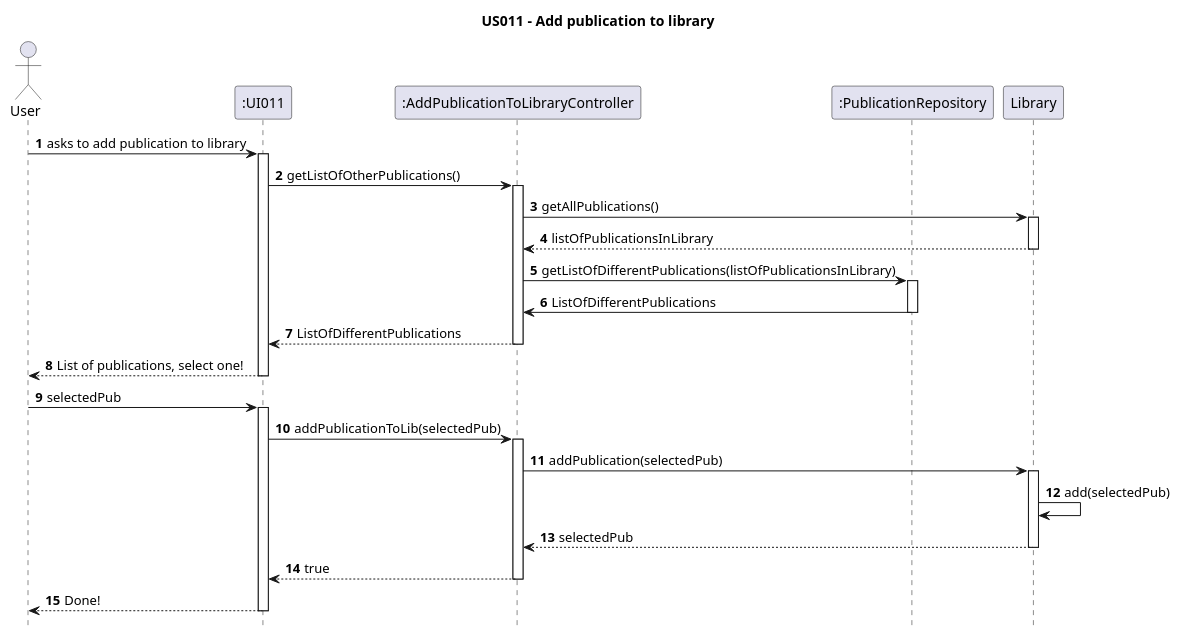
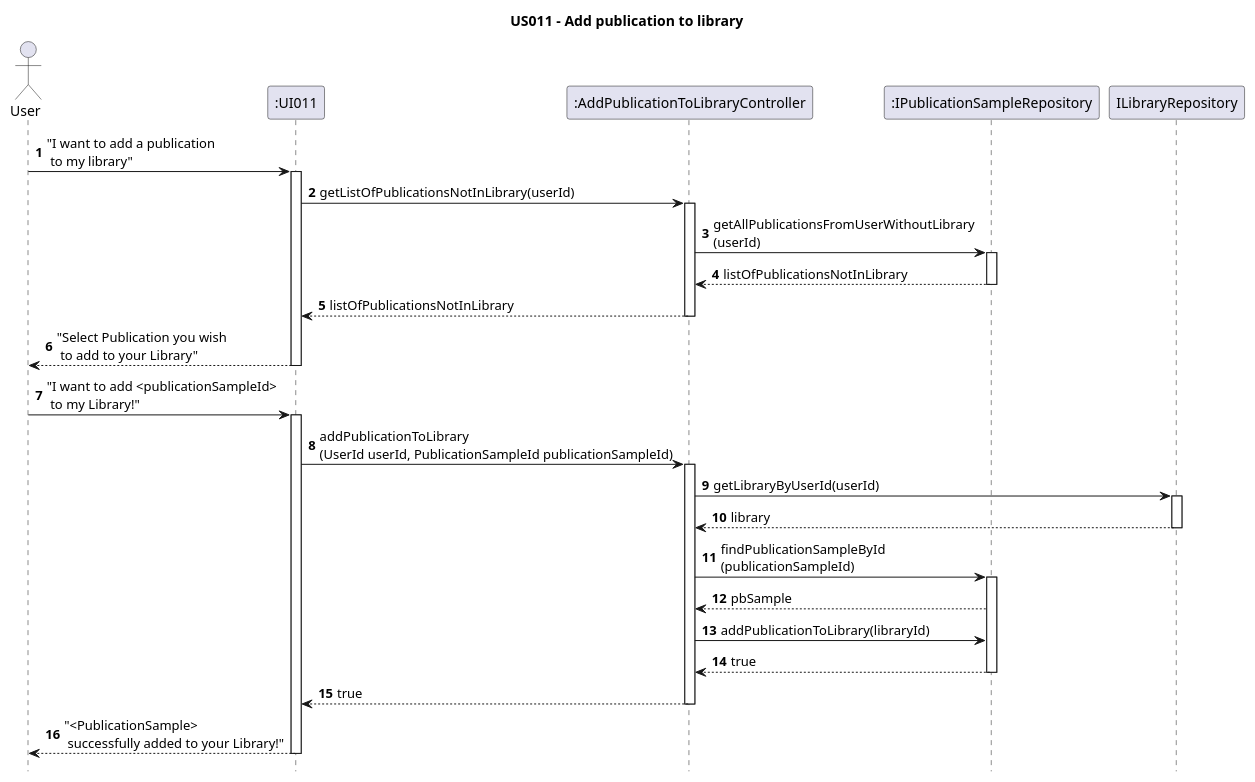
The diagram in Diagrams/SequenceDiagrams/N2/US011-to-add-a-publication-To-Library.puml (AndrePereiraGitH/SWitCH-Project-Team_A), drawn with PlantUML before and after one commit. The commit also changed 1 other file, not shown here.

```diff
--- a/Diagrams/SequenceDiagrams/N2/US011-to-add-a-publication-To-Library.puml
+++ b/Diagrams/SequenceDiagrams/N2/US011-to-add-a-publication-To-Library.puml
@@ -1,61 +1,53 @@
 @startuml
 autonumber
 hide footbox
 title US011 - Add publication to library
 
 
 
 actor "User" as User
 participant ":UI011" as UI
 
-
-
 participant ":AddPublicationToLibraryController" as Ctrl
 
+participant ":IPublicationSampleRepository" as PubRepo
 
+participant "ILibraryRepository" as LibDomain
 
-participant ":PublicationRepository" as PubRepo
-
-
-
-participant "Library" as LibDomain
 
 autonumber
 
-User -> UI : asks to add publication to library
+User -> UI : "I want to add a publication\n to my library"
 activate UI
-UI -> Ctrl : getListOfOtherPublications()
+UI -> Ctrl : getListOfPublicationsNotInLibrary(userId)
 activate Ctrl
 
-Ctrl -> LibDomain: getAllPublications()
-activate LibDomain
-LibDomain --> Ctrl: listOfPublicationsInLibrary
-deactivate LibDomain
-
-Ctrl -> PubRepo: getListOfDifferentPublications(listOfPublicationsInLibrary)
+Ctrl -> PubRepo: getAllPublicationsFromUserWithoutLibrary\n(userId)
 activate PubRepo
-PubRepo -> Ctrl : ListOfDifferentPublications
+PubRepo --> Ctrl: listOfPublicationsNotInLibrary
 deactivate PubRepo
-Ctrl --> UI: ListOfDifferentPublications
+Ctrl --> UI: listOfPublicationsNotInLibrary
 deactivate Ctrl
-
-UI --> User: List of publications, select one!
+UI --> User: "Select Publication you wish\n to add to your Library"
 deactivate UI
 
-User -> UI: selectedPub
+User -> UI: "I want to add <publicationSampleId>\n to my Library!"
 activate UI
-UI -> Ctrl: addPublicationToLib(selectedPub)
+UI -> Ctrl: addPublicationToLibrary\n(UserId userId, PublicationSampleId publicationSampleId)
 activate Ctrl
-
-Ctrl -> LibDomain: addPublication(selectedPub)
+Ctrl -> LibDomain: getLibraryByUserId(userId)
 activate LibDomain
-LibDomain -> LibDomain: add(selectedPub)
-LibDomain --> Ctrl: selectedPub
+LibDomain --> Ctrl: library
 deactivate LibDomain
-
+Ctrl -> PubRepo: findPublicationSampleById\n(publicationSampleId)
+activate PubRepo
+PubRepo --> Ctrl: pbSample
+Ctrl -> PubRepo: addPublicationToLibrary(libraryId)
+PubRepo --> Ctrl: true
+deactivate PubRepo
 Ctrl --> UI: true
 deactivate Ctrl
-UI --> User: Done!
+UI --> User: "<PublicationSample>\n successfully added to your Library!"
 deactivate UI
 
 @enduml
```
